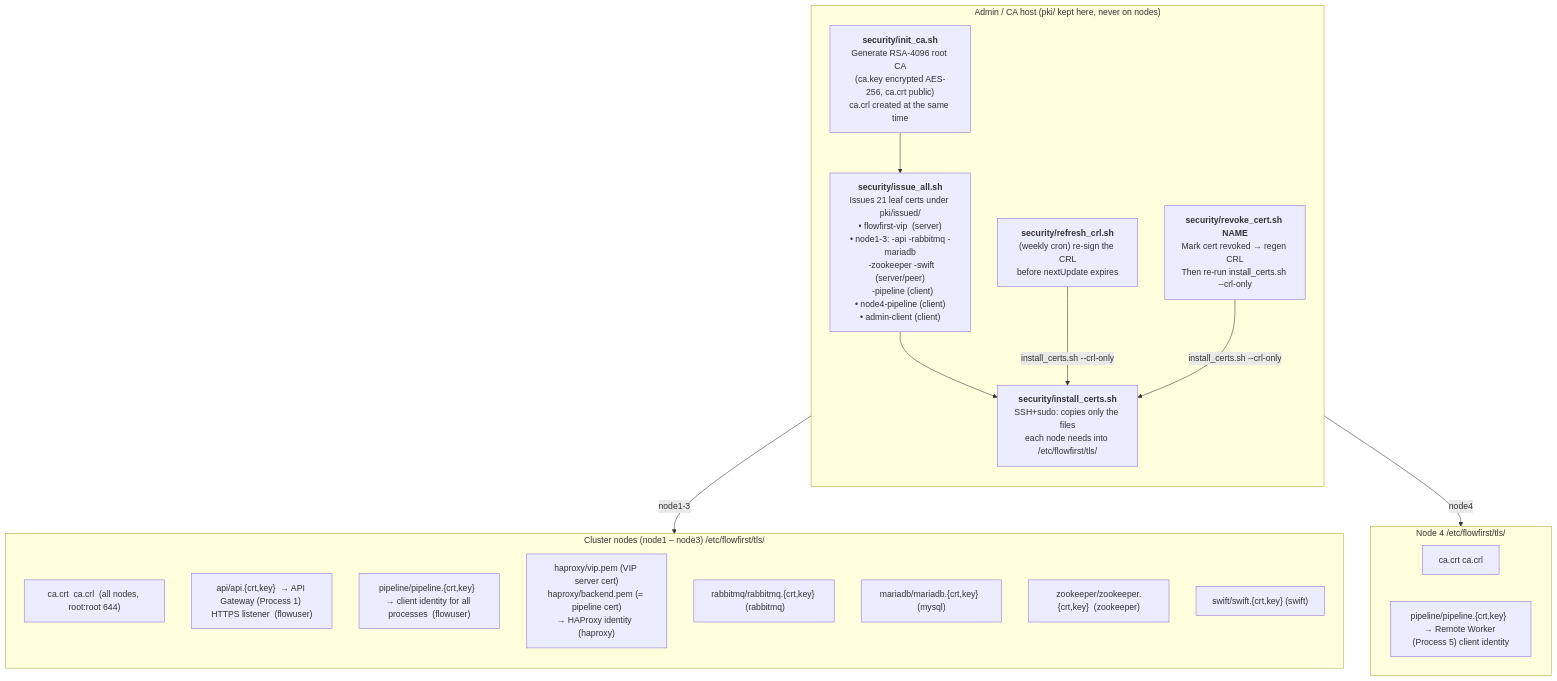
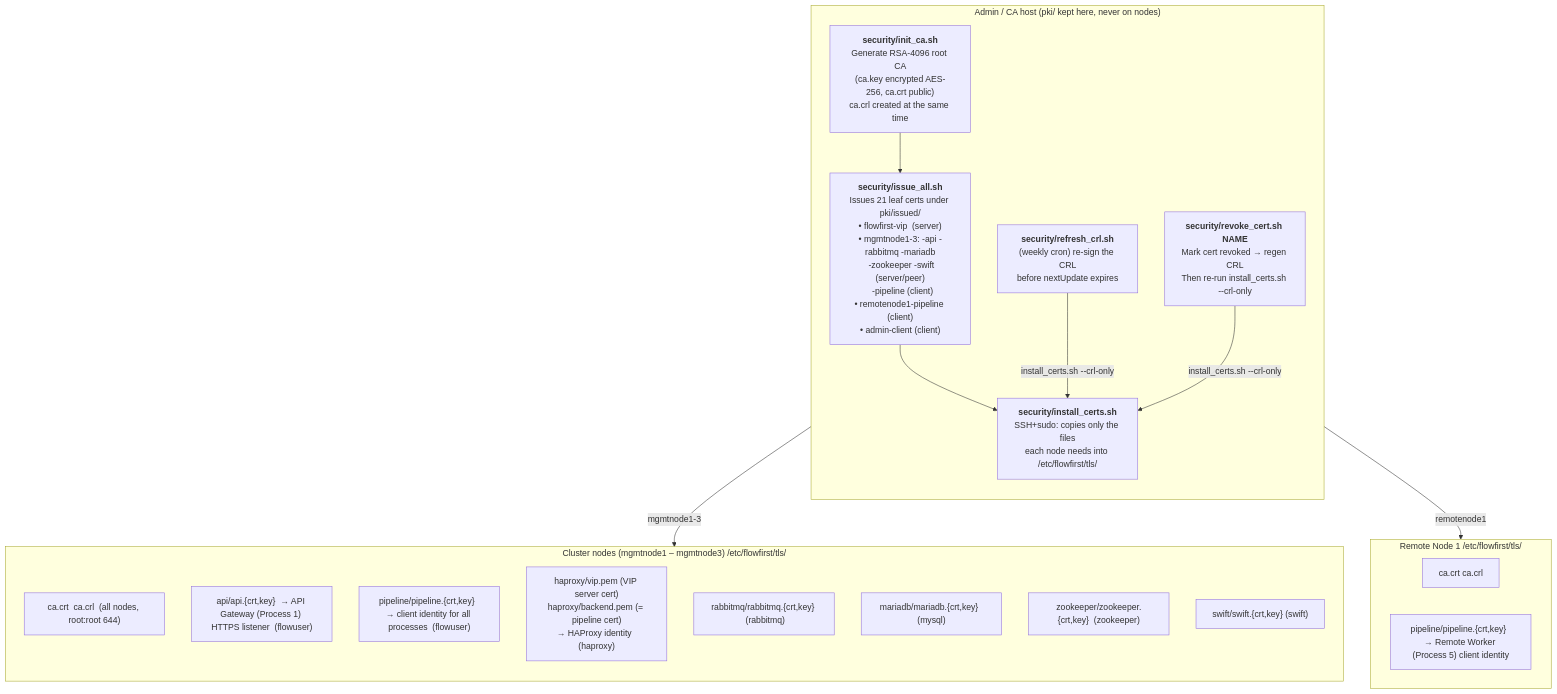
One commit to gitsridhar/FlowFirst changed the fifth of 7 diagrams in docs/diagrams.md. Above: the diagram before and after it, drawn with Mermaid. The commit also changed other lines of this file and 61 other files, not shown here.

````diff
--- a/docs/diagrams.md
+++ b/docs/diagrams.md
@@ -340,35 +340,35 @@
 ```mermaid
 flowchart TD
     subgraph ADMIN ["Admin / CA host  (pki/ kept here, never on nodes)"]
         direction TB
         INIT["<b>security/init_ca.sh</b>\nGenerate RSA-4096 root CA\n(ca.key encrypted AES-256, ca.crt public)\nca.crl created at the same time"]
-        ISSUE["<b>security/issue_all.sh</b>\nIssues 21 leaf certs under pki/issued/\n• flowfirst-vip  (server)\n• node1-3: -api -rabbitmq -mariadb\n  -zookeeper -swift (server/peer)\n  -pipeline (client)\n• node4-pipeline (client)\n• admin-client (client)"]
+        ISSUE["<b>security/issue_all.sh</b>\nIssues 21 leaf certs under pki/issued/\n• flowfirst-vip  (server)\n• mgmtnode1-3: -api -rabbitmq -mariadb\n  -zookeeper -swift (server/peer)\n  -pipeline (client)\n• remotenode1-pipeline (client)\n• admin-client (client)"]
         INSTALL["<b>security/install_certs.sh</b>\nSSH+sudo: copies only the files\neach node needs into /etc/flowfirst/tls/"]
         REFRESH["<b>security/refresh_crl.sh</b>\n(weekly cron) re-sign the CRL\nbefore nextUpdate expires"]
         REVOKE["<b>security/revoke_cert.sh NAME</b>\nMark cert revoked → regen CRL\nThen re-run install_certs.sh --crl-only"]
         INIT --> ISSUE
         ISSUE --> INSTALL
         REFRESH -->|"install_certs.sh --crl-only"| INSTALL
         REVOKE -->|"install_certs.sh --crl-only"| INSTALL
     end
 
-    subgraph NODES ["Cluster nodes (node1 – node3)  /etc/flowfirst/tls/"]
+    subgraph NODES ["Cluster nodes (mgmtnode1 – mgmtnode3)  /etc/flowfirst/tls/"]
         direction TB
         SHARED["ca.crt  ca.crl  (all nodes, root:root 644)"]
         API_F["api/api.{crt,key}  → API Gateway (Process 1) HTTPS listener  (flowuser)"]
         PIPE_F["pipeline/pipeline.{crt,key}  → client identity for all processes  (flowuser)"]
         HA_F["haproxy/vip.pem (VIP server cert)\nhaproxy/backend.pem (= pipeline cert)\n→ HAProxy identity  (haproxy)"]
         RMQ_F["rabbitmq/rabbitmq.{crt,key}  (rabbitmq)"]
         MDB_F["mariadb/mariadb.{crt,key}  (mysql)"]
         ZK_F["zookeeper/zookeeper.{crt,key}  (zookeeper)"]
         SW_F["swift/swift.{crt,key}  (swift)"]
     end
 
-    subgraph NODE4 ["Node 4  /etc/flowfirst/tls/"]
+    subgraph NODE4 ["Remote Node 1  /etc/flowfirst/tls/"]
         N4_SHARED["ca.crt  ca.crl"]
         N4_PIPE["pipeline/pipeline.{crt,key}  → Remote Worker (Process 5) client identity"]
     end
 
-    INSTALL -->|"node1-3"| NODES
-    INSTALL -->|"node4"| NODE4
+    INSTALL -->|"mgmtnode1-3"| NODES
+    INSTALL -->|"remotenode1"| NODE4
 ```
````
